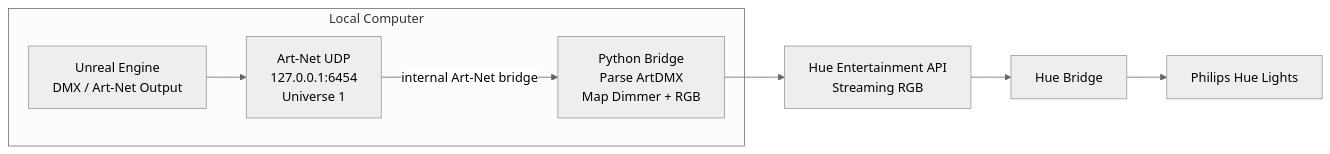
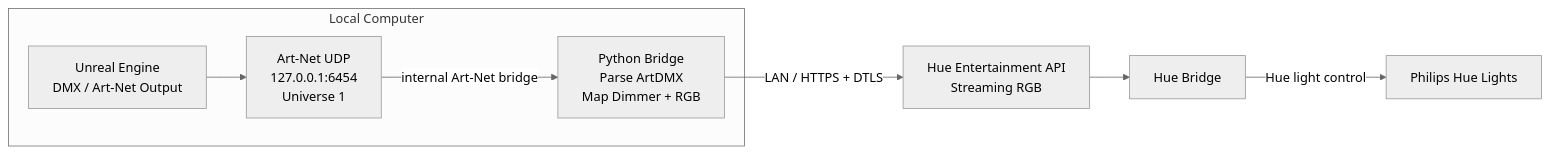
One commit to DazaiStudio/unreal-hue-ibl changed the diagram in docs/communication-workflow.md. Above: the diagram before and after it, drawn with Mermaid (neutral theme). The commit also changed other lines of this file and 5 other files, not shown here.

Commit message:
Document hardware communication and architecture workflows

````diff
--- a/docs/communication-workflow.md
+++ b/docs/communication-workflow.md
@@ -5,16 +7,18 @@
 ```mermaid
 flowchart LR
   subgraph LOCAL[Local Computer]
     UE[Unreal Engine<br/>DMX / Art-Net Output]
     ARTNET[Art-Net UDP<br/>127.0.0.1:6454<br/>Universe 1]
     PY[Python Bridge<br/>Parse ArtDMX<br/>Map Dimmer + RGB]
   end
 
   API[Hue Entertainment API<br/>Streaming RGB]
   BRIDGE[Hue Bridge]
   LIGHTS[Philips Hue Lights]
 
   UE --> ARTNET
   ARTNET -->|internal Art-Net bridge| PY
-  PY --> API --> BRIDGE --> LIGHTS
+  PY -->|LAN / HTTPS + DTLS| API
+  API --> BRIDGE
+  BRIDGE -->|Hue light control| LIGHTS
 ```
````
